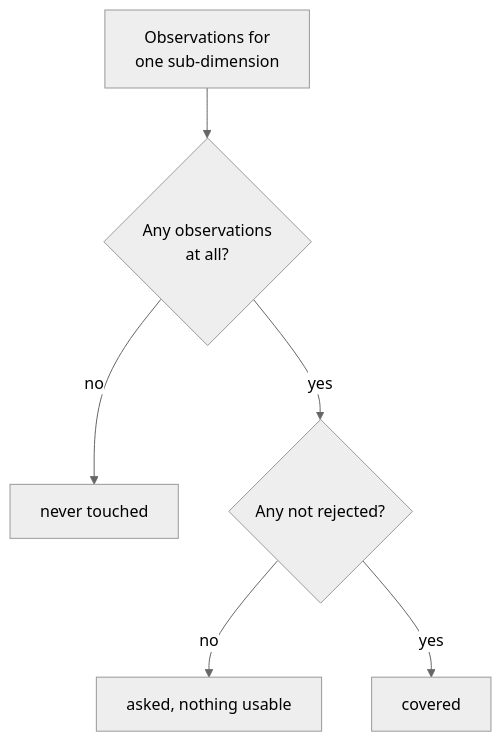
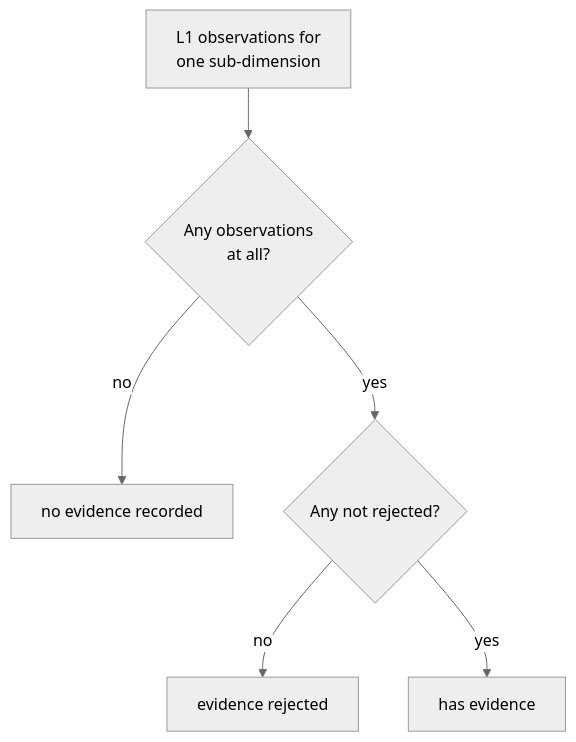
Before and after one commit to harshit-20719/TARS: the second of 2 diagrams in docs/plans/2026-07-28-003-feat-l1-completion-plan.md, drawn with Mermaid (neutral theme). The commit also changed other lines of this file, not shown here.

````diff
--- a/docs/plans/2026-07-28-003-feat-l1-completion-plan.md
+++ b/docs/plans/2026-07-28-003-feat-l1-completion-plan.md
@@ -295,8 +305,8 @@
 ```mermaid
 flowchart TB
-  A["Observations for<br/>one sub-dimension"] --> B{"Any observations<br/>at all?"}
-  B -->|no| C["never touched"]
+  A["L1 observations for<br/>one sub-dimension"] --> B{"Any observations<br/>at all?"}
+  B -->|no| C["no evidence recorded"]
   B -->|yes| D{"Any not rejected?"}
-  D -->|no| E["asked, nothing usable"]
-  D -->|yes| F["covered"]
+  D -->|no| E["evidence rejected"]
+  D -->|yes| F["has evidence"]
 ```
````
